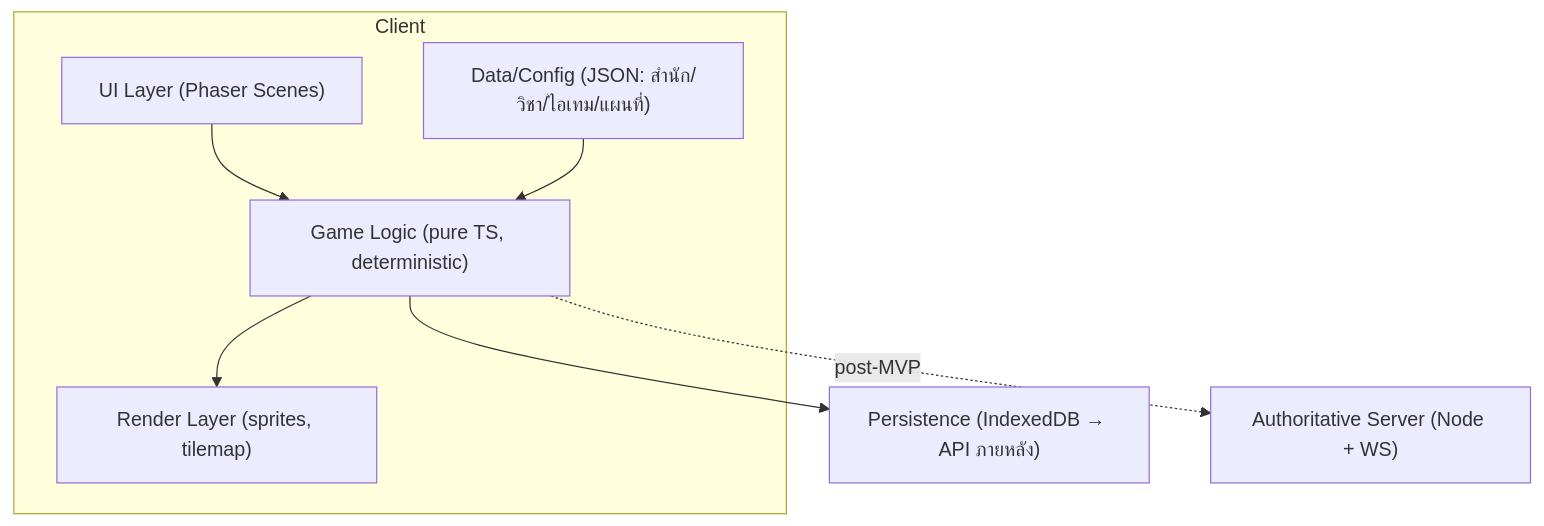
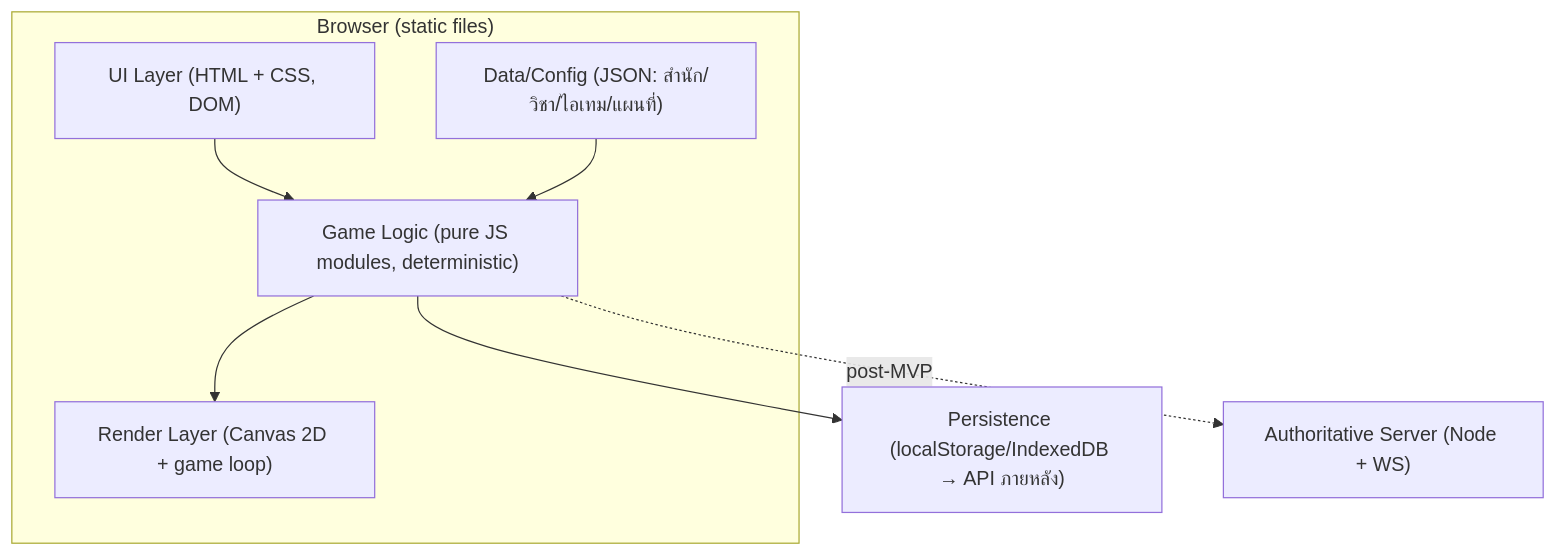
The third of 4 diagrams in game-design-document.md (surasak-rit/my-jy-online), drawn with Mermaid before and after one commit. The commit also changed other lines of this file, not shown here.

First line of the commit message:
Switch tech stack to vanilla HTML/CSS/JS

````diff
--- a/game-design-document.md
+++ b/game-design-document.md
@@ -280,15 +290,15 @@
 ```mermaid
 graph TD
-  subgraph Client
-    UI["UI Layer (Phaser Scenes)"]
-    REN["Render Layer (sprites, tilemap)"]
-    GL["Game Logic (pure TS, deterministic)"]
+  subgraph Client["Browser (static files)"]
+    UI["UI Layer (HTML + CSS, DOM)"]
+    REN["Render Layer (Canvas 2D + game loop)"]
+    GL["Game Logic (pure JS modules, deterministic)"]
     DATA["Data/Config (JSON: สำนัก/วิชา/ไอเทม/แผนที่)"]
   end
-  STORE["Persistence (IndexedDB → API ภายหลัง)"]
+  STORE["Persistence (localStorage/IndexedDB → API ภายหลัง)"]
   GL --> REN
   UI --> GL
   DATA --> GL
   GL --> STORE
   GL -. "post-MVP" .-> SRV["Authoritative Server (Node + WS)"]
 ```
````
